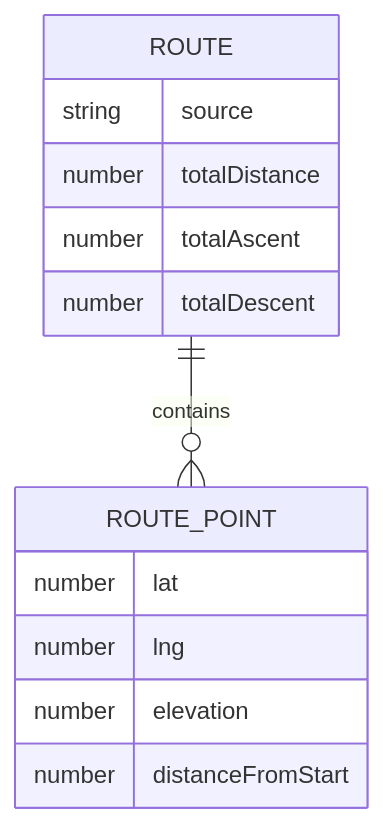
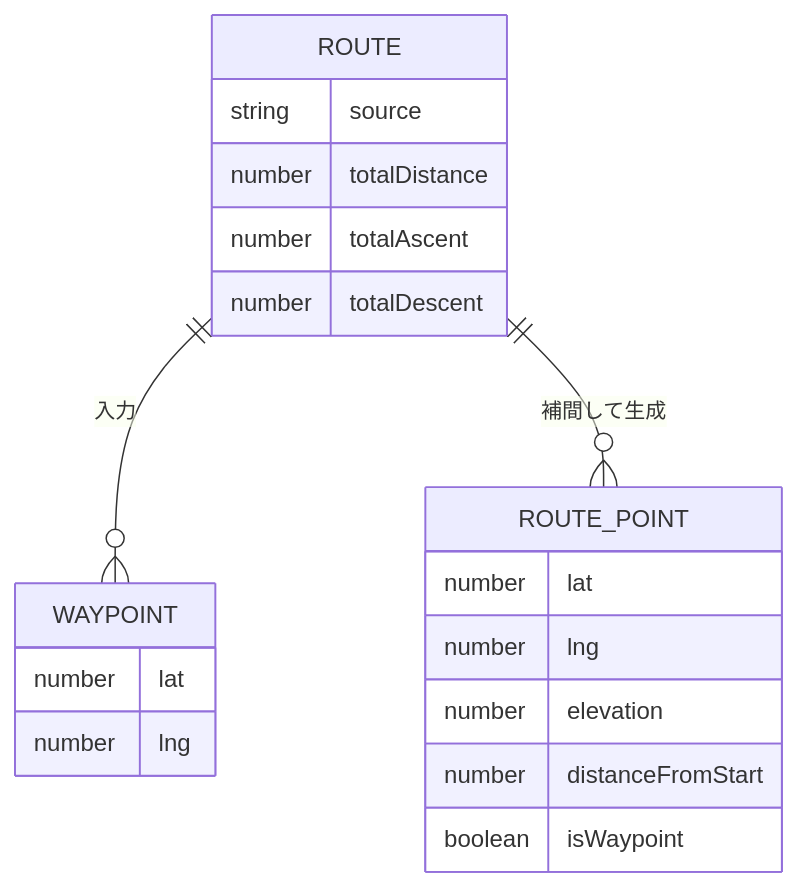
The second of 4 diagrams in docs/functional-design.md (nogawa-asase/sakamichi), drawn with Mermaid before and after one commit. The commit also changed other lines of this file and 7 other files, not shown here.

````diff
--- a/docs/functional-design.md
+++ b/docs/functional-design.md
@@ -49,16 +61,22 @@
 ```mermaid
 erDiagram
-    ROUTE ||--o{ ROUTE_POINT : contains
+    ROUTE ||--o{ WAYPOINT : "入力"
+    ROUTE ||--o{ ROUTE_POINT : "補間して生成"
     ROUTE {
         string source
         number totalDistance
         number totalAscent
         number totalDescent
     }
+    WAYPOINT {
+        number lat
+        number lng
+    }
     ROUTE_POINT {
         number lat
         number lng
         number elevation
         number distanceFromStart
+        boolean isWaypoint
     }
 ```
````
